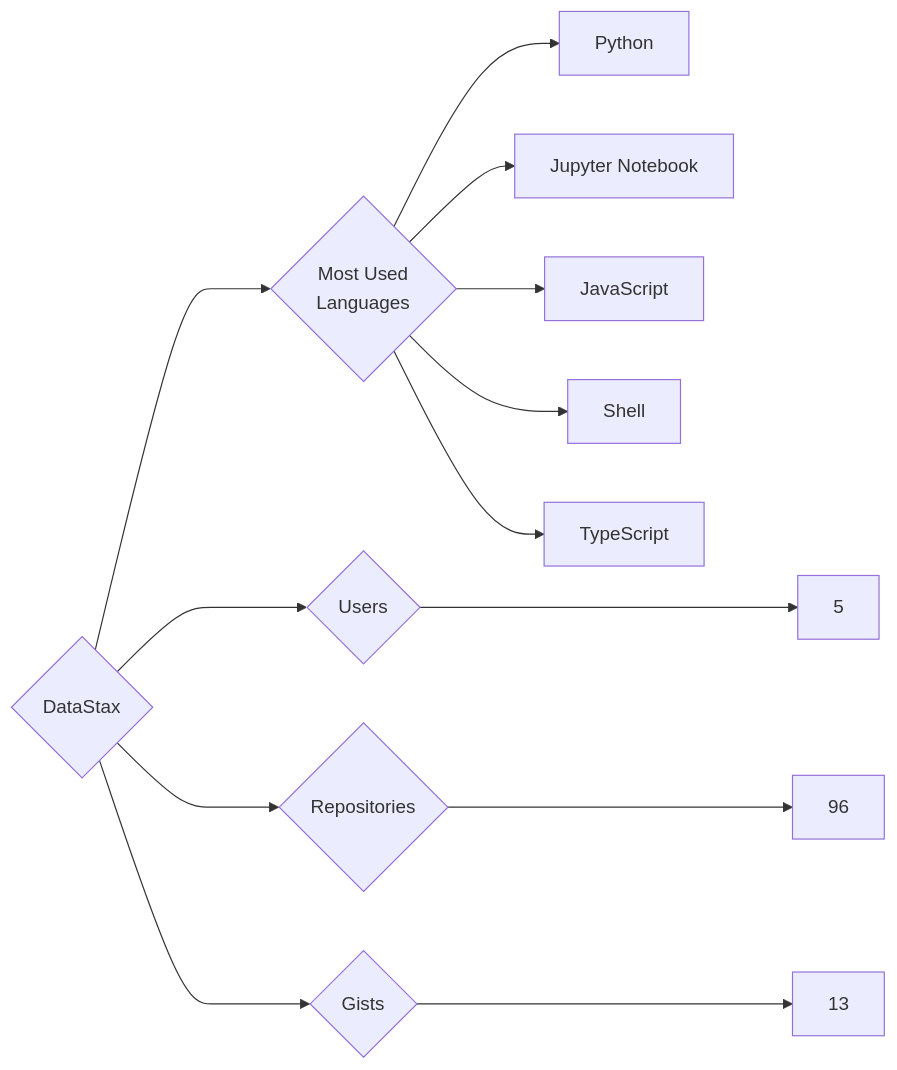
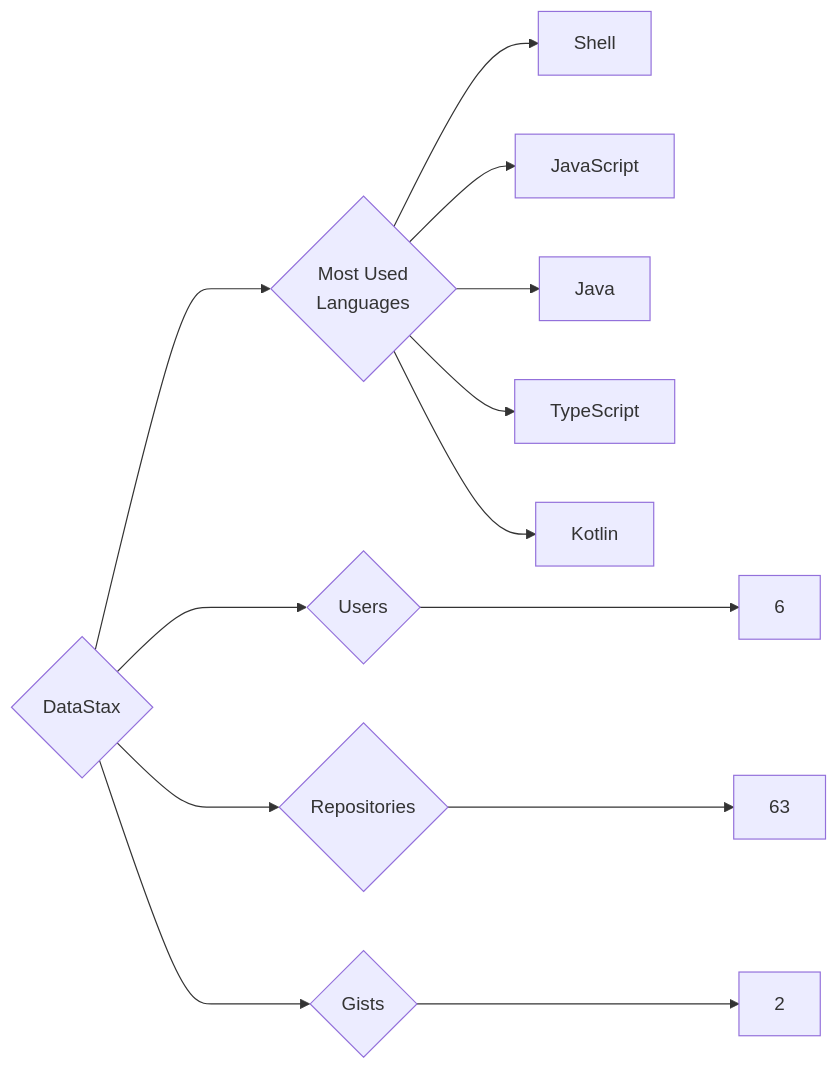
Before and after one commit to trickest/insiders: the diagram in targets/DataStax/README.md, drawn with Mermaid. The commit also changed 1170 other files, not shown here.

````diff
--- a/targets/DataStax/README.md
+++ b/targets/DataStax/README.md
@@ -3,13 +3,13 @@
 ```mermaid
 graph LR
 COMPANY_NAME{DataStax}
-COMPANY_NAME ---> U{Users} ---> UN[5]
-COMPANY_NAME ---> R{Repositories} ---> RN[96]
-COMPANY_NAME ---> G{Gists} ---> GN[13]
+COMPANY_NAME ---> U{Users} ---> UN[6]
+COMPANY_NAME ---> R{Repositories} ---> RN[63]
+COMPANY_NAME ---> G{Gists} ---> GN[2]
 COMPANY_NAME ---> ML{Most Used<br>Languages}
-ML --> Python[Python]
-ML --> Jupyter_Notebook[Jupyter Notebook]
+ML --> Shell[Shell]
 ML --> JavaScript[JavaScript]
-ML --> Shell[Shell]
+ML --> Java[Java]
 ML --> TypeScript[TypeScript]
+ML --> Kotlin[Kotlin]
 ```
````
